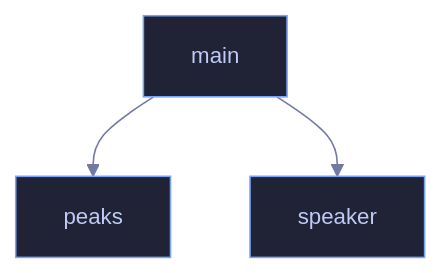
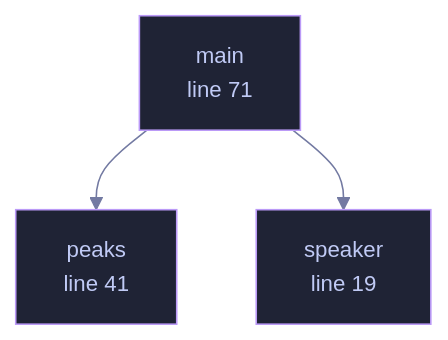
The diagram in docs/files/veilvoice-core/examples-spectrum_report.md (tilas01/veilvoice), drawn with Mermaid before and after one commit. The commit also changed other lines of this file and 182 other files, not shown here.

````diff
--- a/docs/files/veilvoice-core/examples-spectrum_report.md
+++ b/docs/files/veilvoice-core/examples-spectrum_report.md
@@ -43,9 +50,11 @@
 ```mermaid
 %%{init: {"theme":"base","themeVariables":{"background":"#1a1b26","primaryColor":"#1f2335","primaryTextColor":"#c0caf5","primaryBorderColor":"#7aa2f7","secondaryColor":"#16161e","tertiaryColor":"#16161e","lineColor":"#737aa2","textColor":"#c0caf5","mainBkg":"#1f2335","nodeBorder":"#7aa2f7","clusterBkg":"#16161e","clusterBorder":"#2f3549","fontFamily":"ui-monospace, SFMono-Regular, Consolas, monospace","fontSize":"14px"}}}%%
 flowchart TD
-    n_speaker["speaker"]
-    n_peaks["peaks"]
-    n_main["main"]
+    n_speaker["speaker<br/>line 19"]
+    n_peaks["peaks<br/>line 41"]
+    n_main["main<br/>line 71"]
     n_main --> n_peaks
     n_main --> n_speaker
+    classDef helper fill:#1f2335,stroke:#bb9af7,color:#c0caf5
+    class n_speaker,n_peaks,n_main helper
 ```
````
